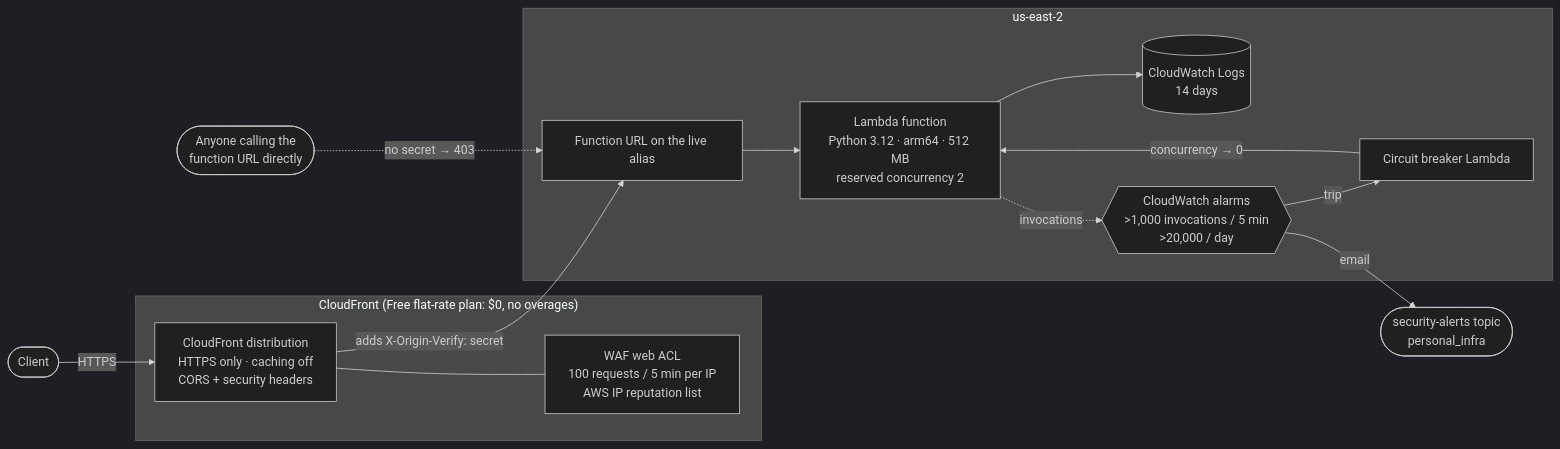
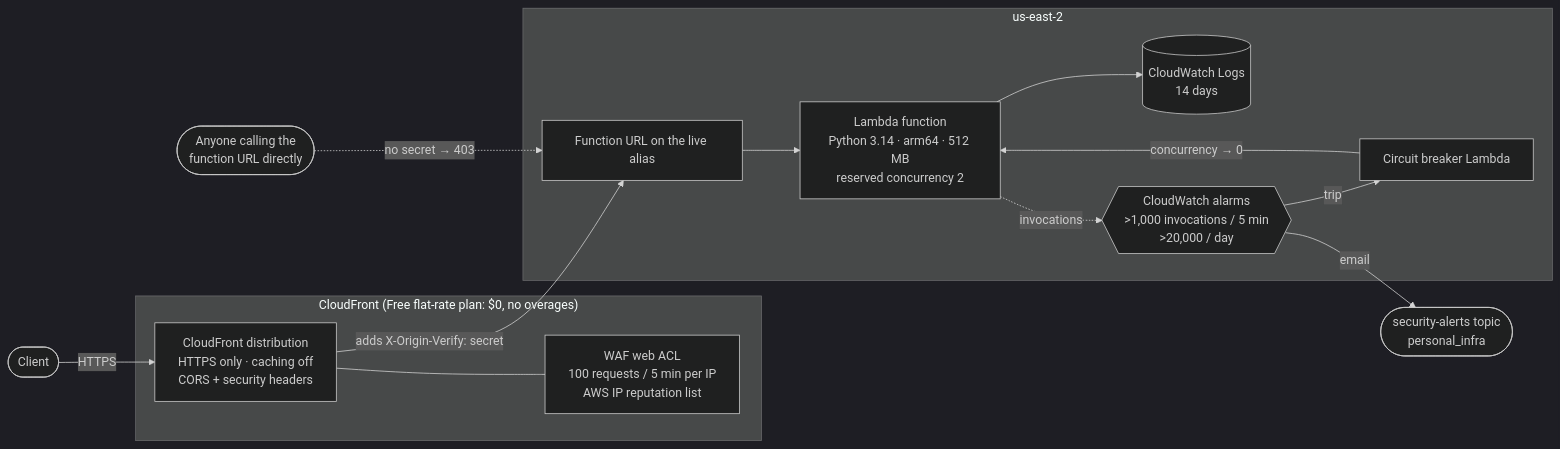
One commit to amcaughan-personal/data-simulator-api changed the first of 2 diagrams in docs/aws.md. Above: the diagram before and after it, drawn with Mermaid (dark theme). The commit also changed other lines of this file and 21 other files, not shown here.

````diff
--- a/docs/aws.md
+++ b/docs/aws.md
@@ -21,27 +21,27 @@
 ```mermaid
 flowchart LR
     client([Client]) -->|HTTPS| cf
 
     subgraph edge["CloudFront (Free flat-rate plan: $0, no overages)"]
         cf[CloudFront distribution<br/>HTTPS only · caching off<br/>CORS + security headers]
         waf[WAF web ACL<br/>100 requests / 5 min per IP<br/>AWS IP reputation list]
         cf --- waf
     end
 
     cf -->|"adds X-Origin-Verify: secret"| url
 
     subgraph region["us-east-2"]
         url[Function URL on the live alias]
-        fn[Lambda function<br/>Python 3.12 · arm64 · 512 MB<br/>reserved concurrency 2]
+        fn[Lambda function<br/>Python 3.14 · arm64 · 512 MB<br/>reserved concurrency 2]
         logs[(CloudWatch Logs<br/>14 days)]
         url --> fn --> logs
         alarms{{CloudWatch alarms<br/>>1,000 invocations / 5 min<br/>>20,000 / day}}
         breaker[Circuit breaker Lambda]
         fn -. invocations .-> alarms
         alarms -->|trip| breaker
         breaker -->|concurrency → 0| fn
     end
 
     alarms -->|email| sns([security-alerts topic<br/>personal_infra])
     other([Anyone calling the<br/>function URL directly]) -.->|no secret → 403| url
 ```
````
